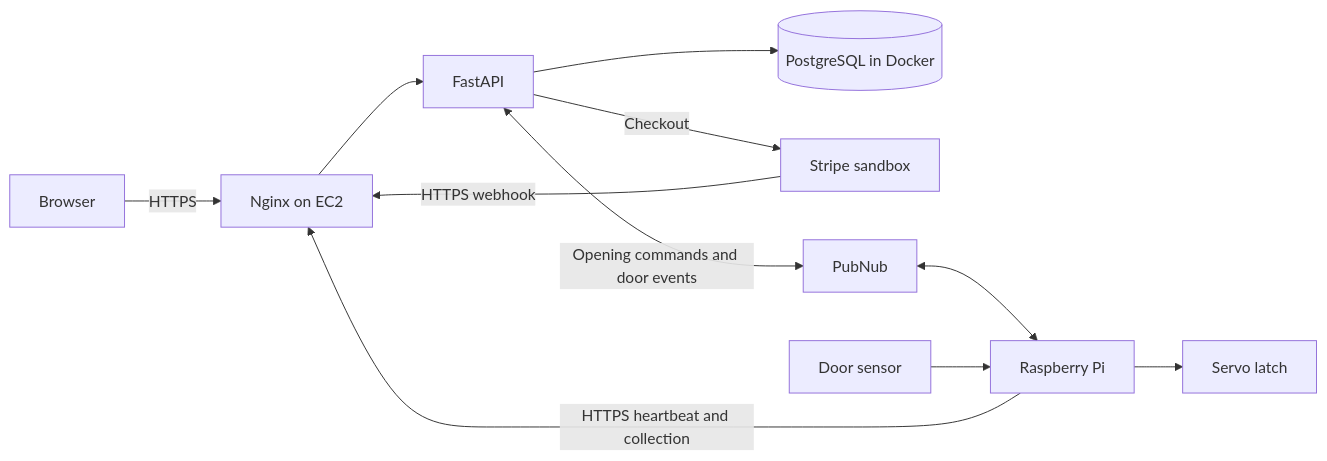
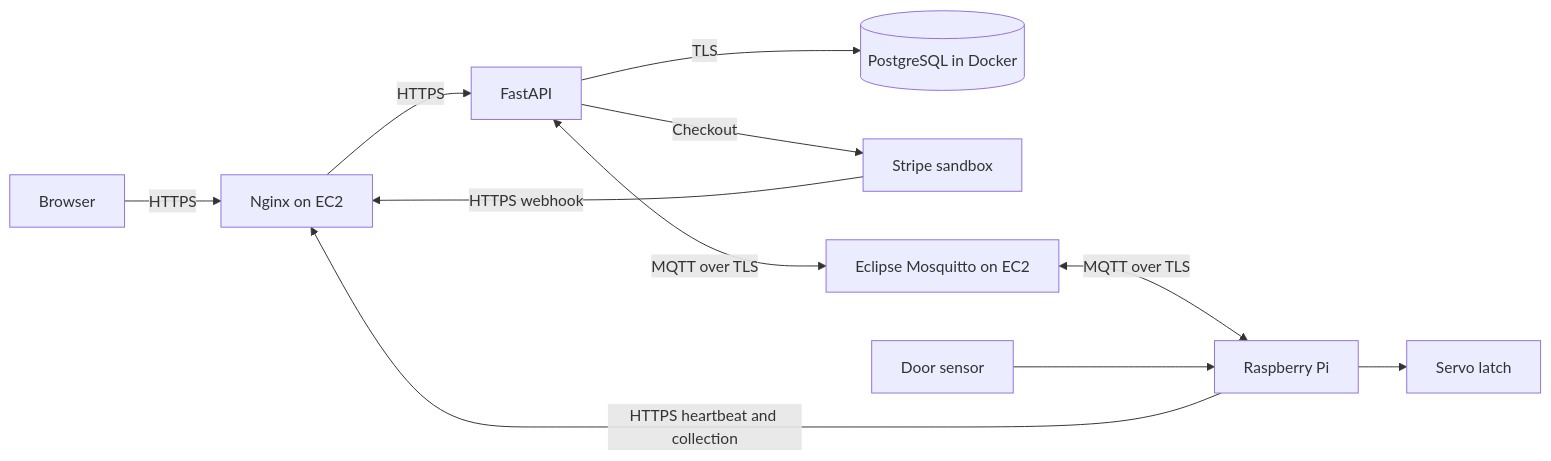
Before and after one commit to nikitsya/UniStow: the diagram in README.md, drawn with Mermaid. The commit also changed other lines of this file and 32 other files, not shown here.

First line of the commit message:
Replace PubNub with self-hosted Mosquitto

````diff
--- a/README.md
+++ b/README.md
@@ -61,13 +61,13 @@
 ```mermaid
 flowchart LR
     Browser -->|HTTPS| Proxy[Nginx on EC2]
-    Proxy --> App[FastAPI]
-    App --> DB[(PostgreSQL in Docker)]
+    Proxy -->|HTTPS| App[FastAPI]
+    App -->|TLS| DB[(PostgreSQL in Docker)]
     App -->|Checkout| Stripe[Stripe sandbox]
     Stripe -->|HTTPS webhook| Proxy
-    App <-->|Opening commands and door events| PubNub
-    PubNub <--> Pi[Raspberry Pi]
+    App <-->|MQTT over TLS| Broker[Eclipse Mosquitto on EC2]
+    Broker <-->|MQTT over TLS| Pi[Raspberry Pi]
     Pi -->|HTTPS heartbeat and collection| Proxy
     Pi --> Latch[Servo latch]
     Sensor[Door sensor] --> Pi
 ```
````
